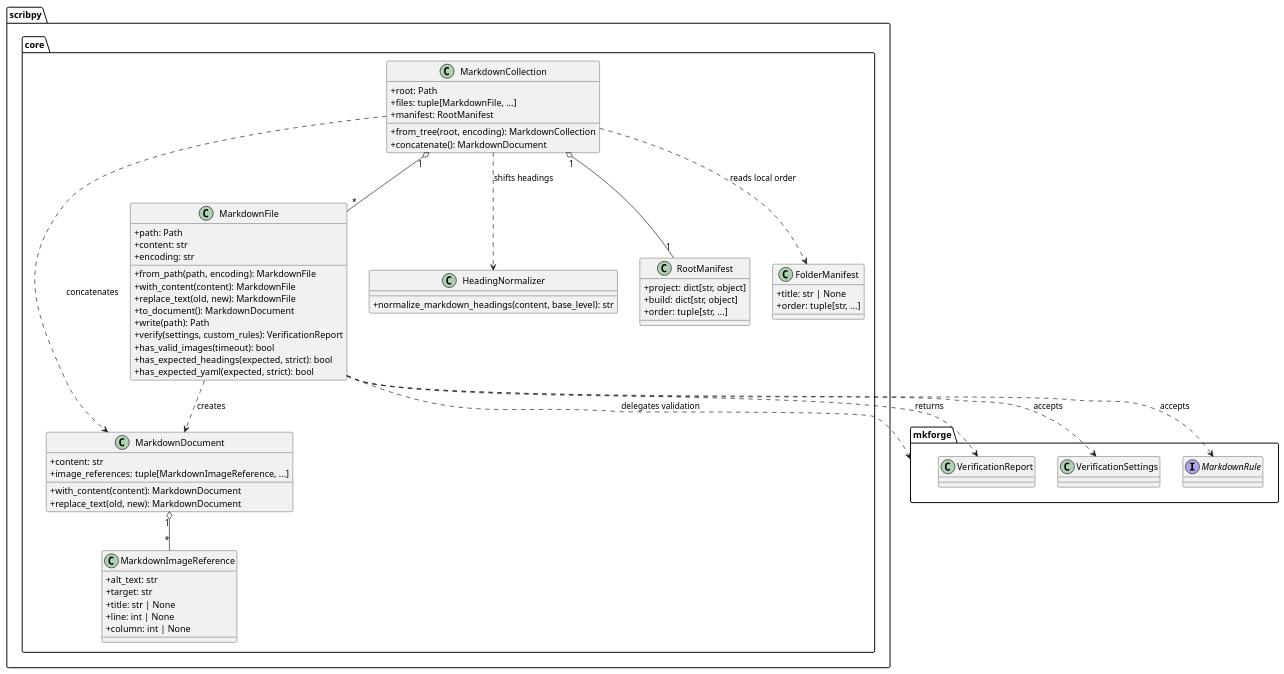
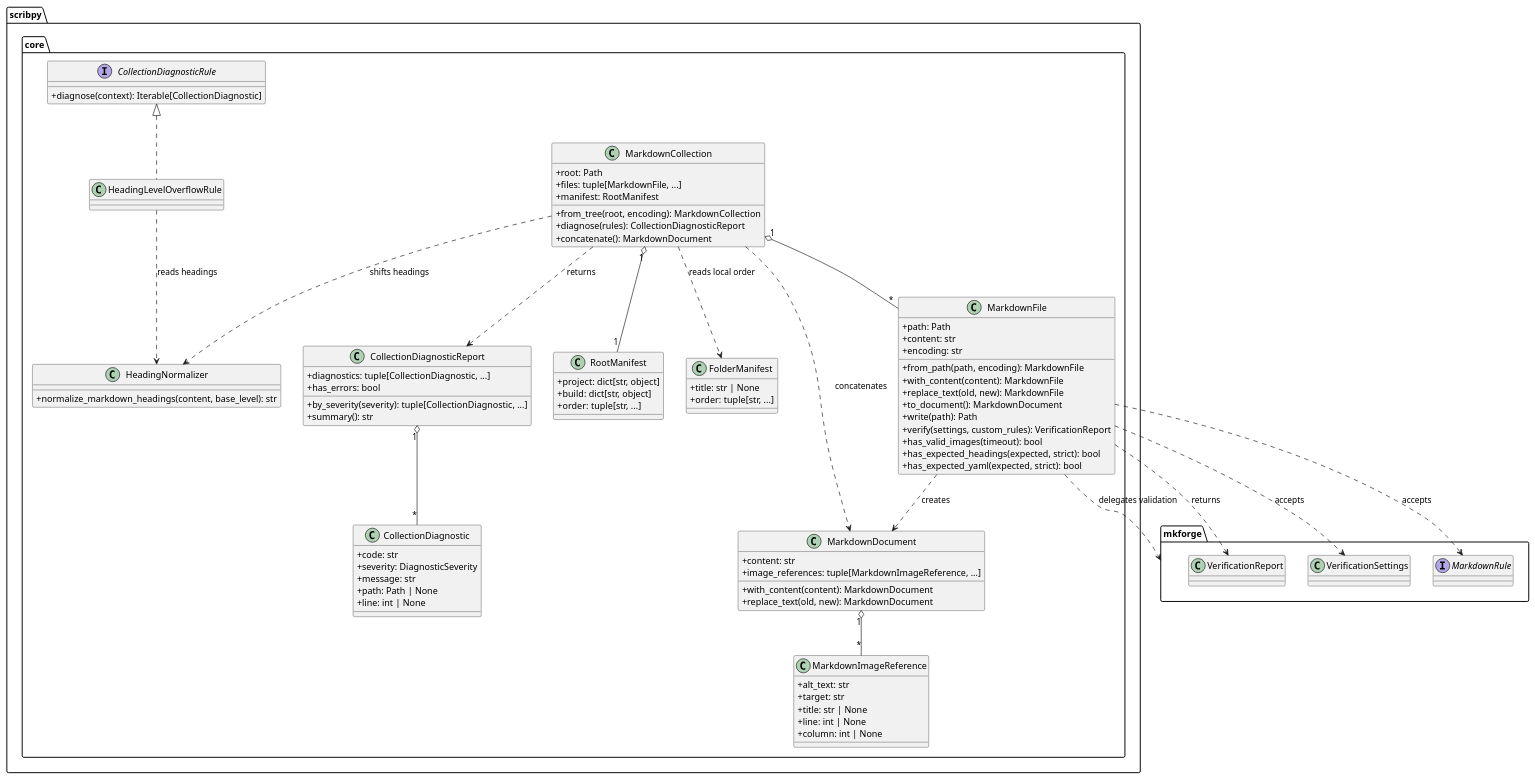
The first of 6 diagrams in doc/architecture-core.md (antoinebarre/scribpy), drawn with PlantUML before and after one commit. The commit also changed other lines of this file and 8 other files, not shown here.

Commit message:
feat: add collection diagnostic

````diff
--- a/doc/architecture-core.md
+++ b/doc/architecture-core.md
@@ -71,12 +71,34 @@
     +files: tuple[MarkdownFile, ...]
     +manifest: RootManifest
     +from_tree(root, encoding): MarkdownCollection
+    +diagnose(rules): CollectionDiagnosticReport
     +concatenate(): MarkdownDocument
   }
 
   class HeadingNormalizer {
     +normalize_markdown_headings(content, base_level): str
   }
+
+  class CollectionDiagnosticReport {
+    +diagnostics: tuple[CollectionDiagnostic, ...]
+    +has_errors: bool
+    +by_severity(severity): tuple[CollectionDiagnostic, ...]
+    +summary(): str
+  }
+
+  class CollectionDiagnostic {
+    +code: str
+    +severity: DiagnosticSeverity
+    +message: str
+    +path: Path | None
+    +line: int | None
+  }
+
+  interface CollectionDiagnosticRule {
+    +diagnose(context): Iterable[CollectionDiagnostic]
+  }
+
+  class HeadingLevelOverflowRule
 
   class RootManifest {
     +project: dict[str, object]
@@ -107,5 +129,9 @@
 MarkdownCollection ..> MarkdownDocument : concatenates
 MarkdownCollection ..> FolderManifest : reads local order
 MarkdownCollection ..> HeadingNormalizer : shifts headings
+MarkdownCollection ..> CollectionDiagnosticReport : returns
+CollectionDiagnosticReport "1" o-- "*" CollectionDiagnostic
+CollectionDiagnosticRule <|.. HeadingLevelOverflowRule
+HeadingLevelOverflowRule ..> HeadingNormalizer : reads headings
 @enduml
 ```
````
